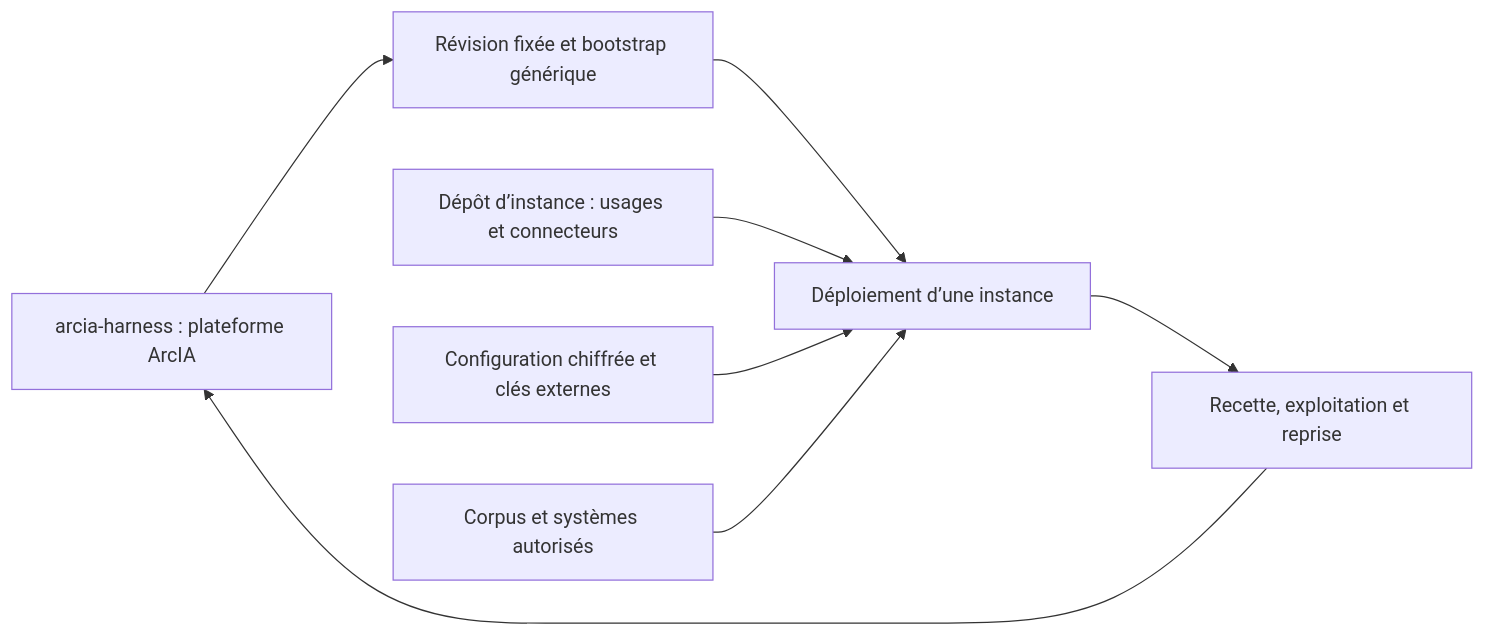
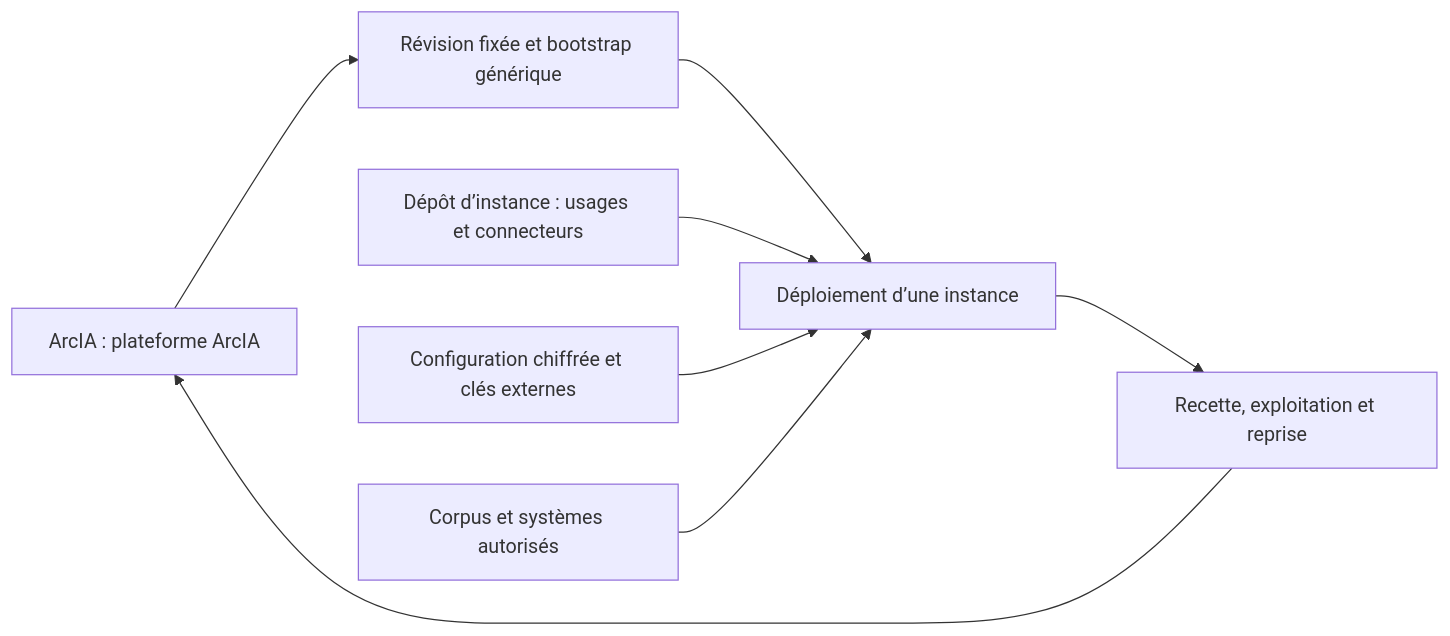
The fifth of 5 diagrams in docs/schemas-plateforme-hermes.md (nicolastheuil/ArcIA), drawn with Mermaid before and after one commit. The commit also changed 66 other files, not shown here.

````diff
--- a/docs/schemas-plateforme-hermes.md
+++ b/docs/schemas-plateforme-hermes.md
@@ -91,10 +91,10 @@
 ```mermaid
 flowchart LR
-  H[arcia-harness : plateforme ArcIA] --> V[Révision fixée et bootstrap générique]
+  H[ArcIA : plateforme ArcIA] --> V[Révision fixée et bootstrap générique]
   V --> I[Déploiement d’une instance]
   CUSTOM[Dépôt d’instance : usages et connecteurs] --> I
   SEC[Configuration chiffrée et clés externes] --> I
   SOURCES[Corpus et systèmes autorisés] --> I
   I --> REC[Recette, exploitation et reprise]
   REC --> H
 ```
````
